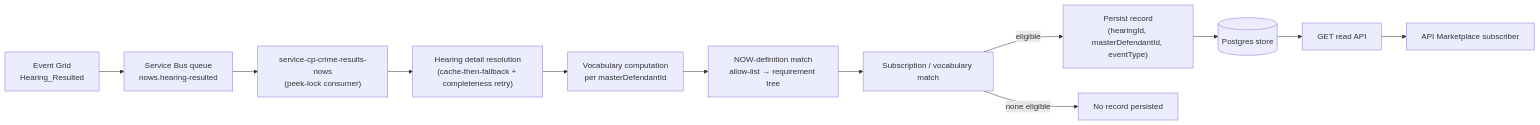
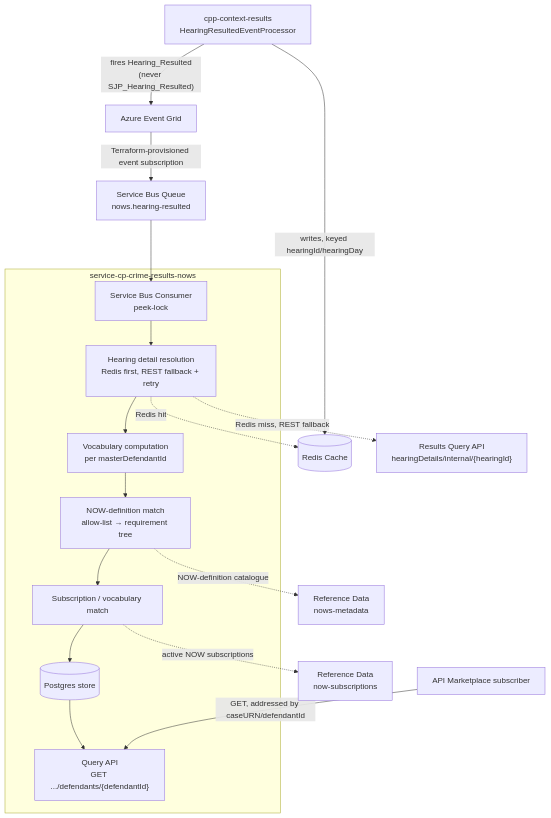
Before and after one commit to hmcts/service-cp-crime-results-nows: the first of 3 diagrams in docs/designs/2026-08-28-nows-api-marketplace-design.md, drawn with Mermaid. The commit also changed other lines of this file, not shown here.

First line of the commit message:
docs(design): expand NOWs design to full architecture depth

````diff
--- a/docs/designs/2026-08-28-nows-api-marketplace-design.md
+++ b/docs/designs/2026-08-28-nows-api-marketplace-design.md
@@ -11,14 +46,23 @@
 ```mermaid
-flowchart LR
-    EG["Event Grid<br/>Hearing_Resulted"] --> Q["Service Bus queue<br/>nows.hearing-resulted"]
-    Q --> C["service-cp-crime-results-nows<br/>(peek-lock consumer)"]
-    C --> HD["Hearing detail resolution<br/>(cache-then-fallback + completeness retry)"]
-    HD --> VG["Vocabulary computation<br/>per masterDefendantId"]
-    VG --> ND["NOW-definition match<br/>allow-list → requirement tree"]
-    ND --> SM["Subscription / vocabulary match"]
-    SM -->|eligible| P["Persist record<br/>(hearingId, masterDefendantId, eventType)"]
-    SM -->|none eligible| NoOp["No record persisted"]
-    P --> DB[("Postgres store")]
-    DB --> API["GET read API"]
-    API --> Sub["API Marketplace subscriber"]
+flowchart TB
+    Results["cpp-context-results<br/>HearingResultedEventProcessor"] -->|"writes, keyed hearingId/hearingDay"| Redis[("Redis Cache")]
+    Results -->|"fires Hearing_Resulted<br/>(never SJP_Hearing_Resulted)"| Grid["Azure Event Grid"]
+    Grid -->|"Terraform-provisioned event subscription"| Queue["Service Bus Queue<br/>nows.hearing-resulted"]
+
+    subgraph NOWS["service-cp-crime-results-nows"]
+        Consumer["Service Bus Consumer<br/>peek-lock"] --> HD["Hearing detail resolution<br/>Redis first, REST fallback + retry"]
+        HD --> VG["Vocabulary computation<br/>per masterDefendantId"]
+        VG --> ND["NOW-definition match<br/>allow-list → requirement tree"]
+        ND --> SM["Subscription / vocabulary match"]
+        SM --> Store[("Postgres store")]
+        Store --> API["Query API<br/>GET .../defendants/{defendantId}"]
+    end
+
+    Queue --> Consumer
+    HD -.->|"Redis hit"| Redis
+    HD -.->|"Redis miss, REST fallback"| ResultsAPI["Results Query API<br/>hearingDetails/internal/{hearingId}"]
+    ND -.->|"NOW-definition catalogue"| RefDataDef["Reference Data<br/>nows-metadata"]
+    SM -.->|"active NOW subscriptions"| RefDataSub["Reference Data<br/>now-subscriptions"]
+
+    Subscriber["API Marketplace subscriber"] -->|"GET, addressed by caseURN/defendantId"| API
 ```
````
